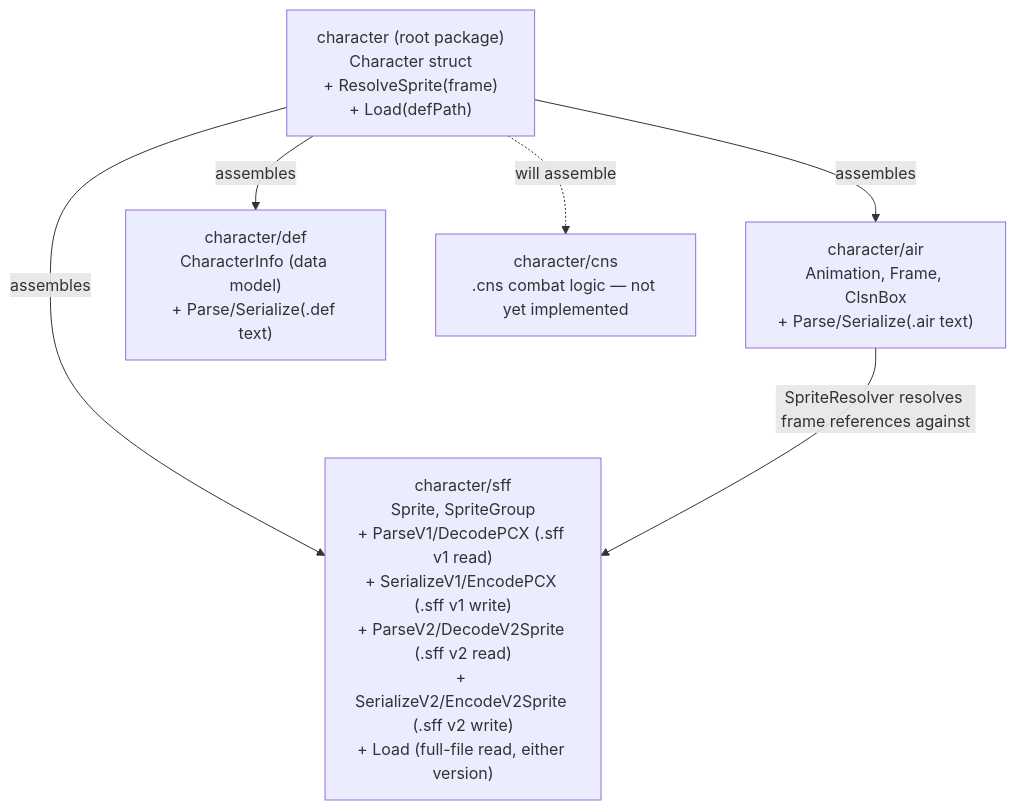
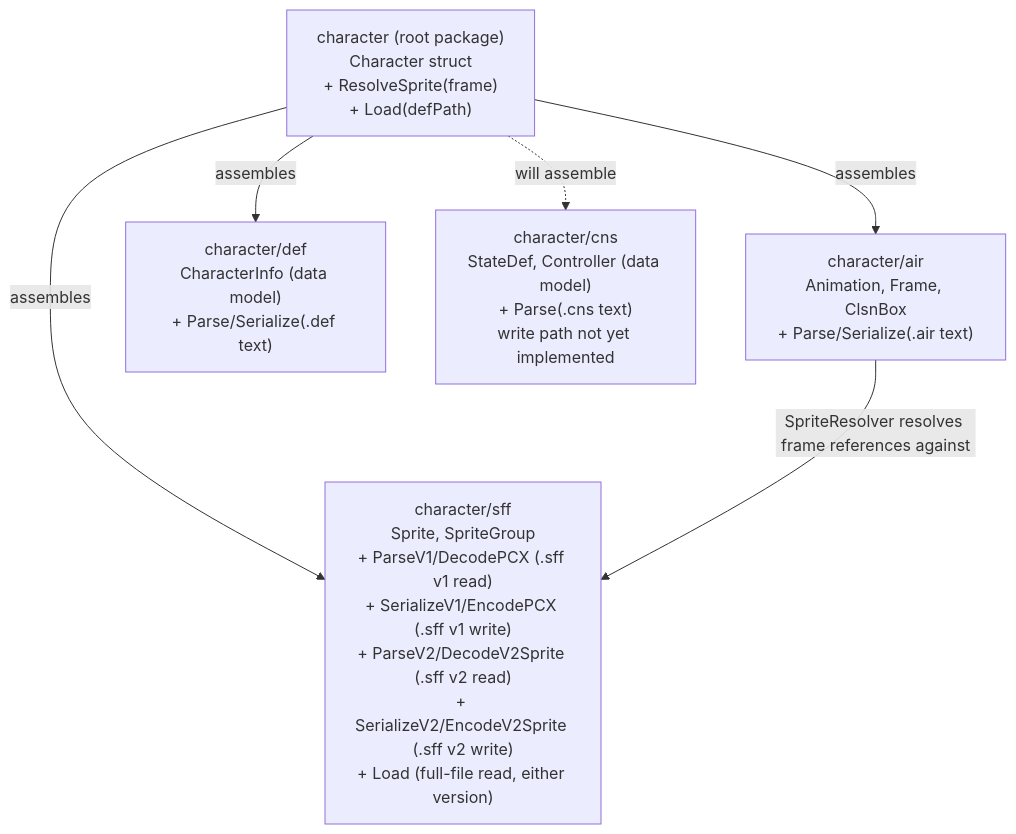
The diagram in docs/architecture.md (openkakutou/character), drawn with Mermaid before and after one commit. The commit also changed other lines of this file and 12 other files, not shown here.

First line of the commit message:
feat: parse .cns text into StateDef/Controller data (Statedef/State blocks, unevaluated triggers and parameters)

````diff
--- a/docs/architecture.md
+++ b/docs/architecture.md
@@ -11,14 +11,14 @@
 ```mermaid
 graph TD
     root["character (root package)<br/>Character struct<br/>+ ResolveSprite(frame)<br/>+ Load(defPath)"]
     air["character/air<br/>Animation, Frame, ClsnBox<br/>+ Parse/Serialize(.air text)"]
     def["character/def<br/>CharacterInfo (data model)<br/>+ Parse/Serialize(.def text)"]
     sff["character/sff<br/>Sprite, SpriteGroup<br/>+ ParseV1/DecodePCX (.sff v1 read)<br/>+ SerializeV1/EncodePCX (.sff v1 write)<br/>+ ParseV2/DecodeV2Sprite (.sff v2 read)<br/>+ SerializeV2/EncodeV2Sprite (.sff v2 write)<br/>+ Load (full-file read, either version)"]
-    cns["character/cns<br/>.cns combat logic — not yet implemented"]
+    cns["character/cns<br/>StateDef, Controller (data model)<br/>+ Parse(.cns text)<br/>write path not yet implemented"]
 
     root -->|assembles| air
     root -->|assembles| def
     root -->|assembles| sff
     root -.->|will assemble| cns
     air -->|SpriteResolver resolves frame references against| sff
 ```
````
